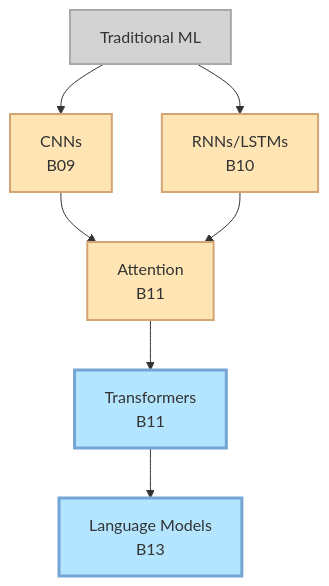
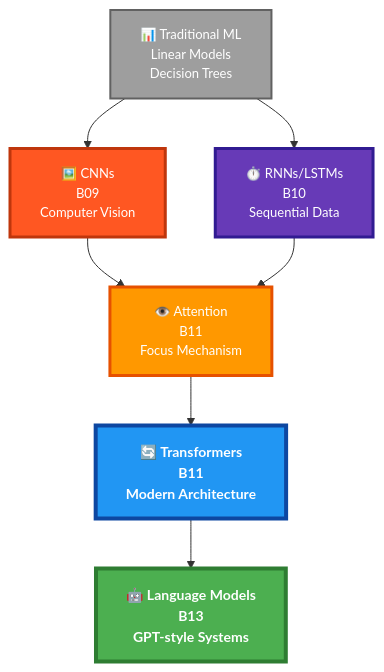
The fifth of 7 diagrams in MAI_STUDENT_GUIDE.md (nexageapps/AI), drawn with Mermaid before and after one commit. The commit also changed other lines of this file, not shown here.

````diff
--- a/MAI_STUDENT_GUIDE.md
+++ b/MAI_STUDENT_GUIDE.md
@@ -462,20 +462,23 @@
 ```mermaid
 graph TD
-    Traditional[Traditional ML]:::old
-    CNN[CNNs<br/>B09]:::arch
-    RNN[RNNs/LSTMs<br/>B10]:::arch
-    Attention[Attention<br/>B11]:::arch
-    Transformer[Transformers<br/>B11]:::modern
-    LLM[Language Models<br/>B13]:::modern
+    Traditional["📊 Traditional ML<br/>Linear Models<br/>Decision Trees"]:::traditional
+    CNN["🖼️ CNNs<br/>B09<br/>Computer Vision"]:::cnn
+    RNN["⏱️ RNNs/LSTMs<br/>B10<br/>Sequential Data"]:::rnn
+    Attention["👁️ Attention<br/>B11<br/>Focus Mechanism"]:::attention
+    Transformer["🔄 Transformers<br/>B11<br/>Modern Architecture"]:::transformer
+    LLM["🤖 Language Models<br/>B13<br/>GPT-style Systems"]:::llm
     
     Traditional --> CNN
     Traditional --> RNN
     CNN --> Attention
     RNN --> Attention
     Attention --> Transformer
     Transformer --> LLM
     
-    classDef old fill:#D3D3D3,stroke:#A9A9A9,stroke-width:2px
-    classDef arch fill:#FFE5B4,stroke:#D4A574,stroke-width:2px
-    classDef modern fill:#B4E5FF,stroke:#74A5D4,stroke-width:3px
+    classDef traditional fill:#9E9E9E,stroke:#616161,stroke-width:2px,color:#fff,font-size:13px
+    classDef cnn fill:#FF5722,stroke:#BF360C,stroke-width:3px,color:#fff,font-size:13px
+    classDef rnn fill:#673AB7,stroke:#311B92,stroke-width:3px,color:#fff,font-size:13px
+    classDef attention fill:#FF9800,stroke:#E65100,stroke-width:3px,color:#fff,font-size:13px
+    classDef transformer fill:#2196F3,stroke:#0D47A1,stroke-width:4px,color:#fff,font-size:14px,font-weight:bold
+    classDef llm fill:#4CAF50,stroke:#2E7D32,stroke-width:4px,color:#fff,font-size:14px,font-weight:bold
 ```
````
